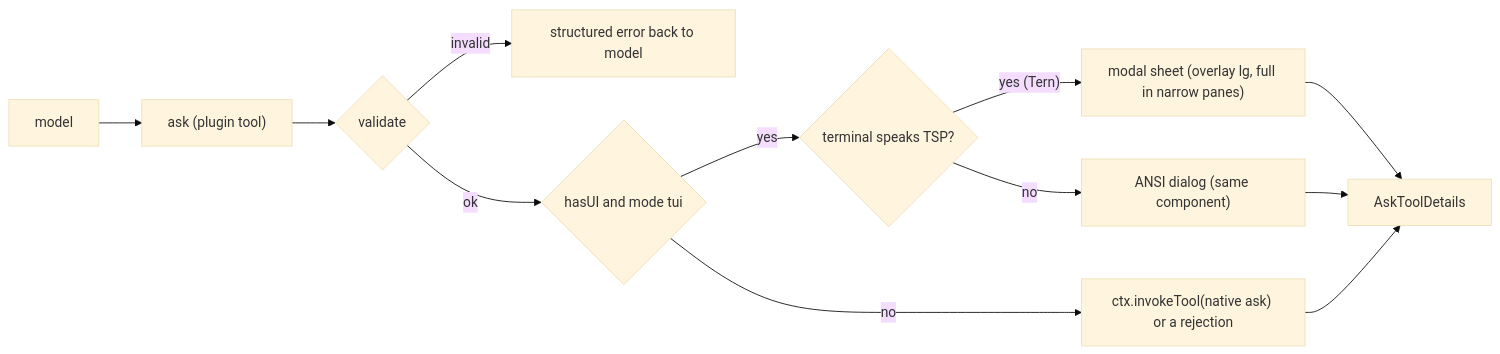
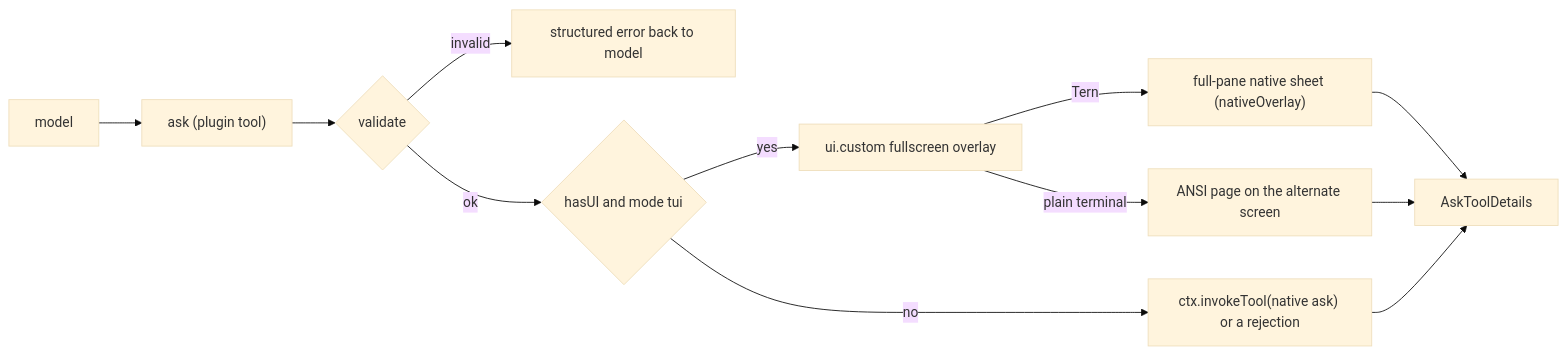
Before and after one commit to oh-my-omp/omp-ask-more: the diagram in README.md, drawn with Mermaid (base theme). The commit also changed other lines of this file and 3 other files, not shown here.

````diff
--- a/README.md
+++ b/README.md
@@ -96,14 +112,14 @@
 ```mermaid
 flowchart LR
   m[model] --> t["ask (plugin tool)"]
   t --> v{validate}
   v -- invalid --> e[structured error back to model]
   v -- ok --> u{"hasUI and mode tui"}
   u -- "no" --> n["ctx.invokeTool(native ask) or a rejection"]
-  u -- "yes" --> s{"terminal speaks TSP?"}
-  s -- "yes (Tern)" --> p["modal sheet (overlay lg, full in narrow panes)"]
-  s -- "no" --> c["ANSI dialog (same component)"]
+  u -- "yes" --> o["ui.custom fullscreen overlay"]
+  o -- "plain terminal" --> c["ANSI page on the alternate screen"]
+  o -- "Tern" --> p["full-pane native sheet (nativeOverlay)"]
   p --> a[AskToolDetails]
   c --> a
   n --> a
 ```
````
